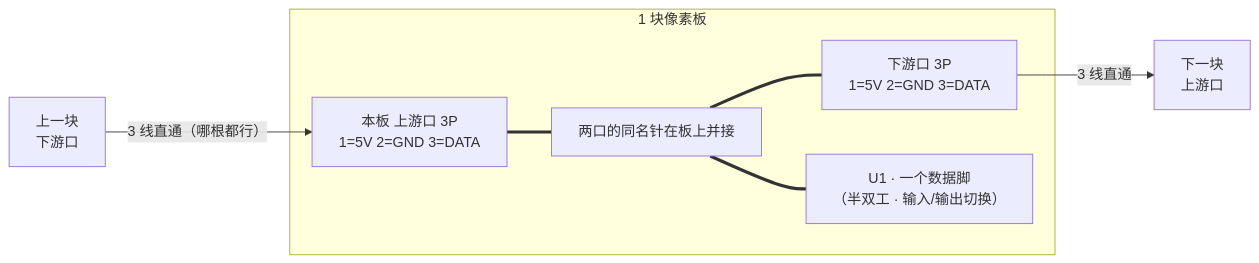
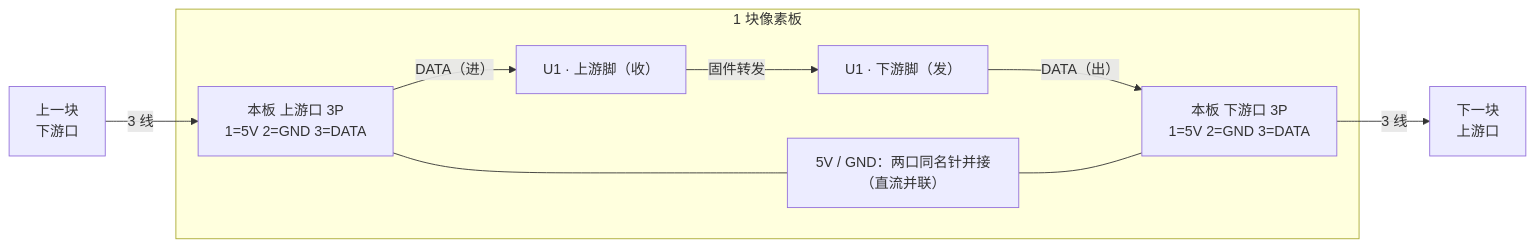
The third of 3 diagrams in hardware/pixel/connector-plan.md (langhua/AuroraTessellation-NFC), drawn with Mermaid before and after one commit. The commit also changed other lines of this file and 3 other files, not shown here.

First line of the commit message:
docs(pixel): 协议补 5 张图 + 拓扑统一为「与 WS2812 完全一致的接力链」

````diff
--- a/hardware/pixel/connector-plan.md
+++ b/hardware/pixel/connector-plan.md
@@ -79,10 +85,13 @@
 ```mermaid
 flowchart LR
-  PUP["上一块<br/>下游口"] -- "3 线直通（哪根都行）" --> UI["本板 上游口 3P<br/>1=5V 2=GND 3=DATA"]
+  PUP["上一块<br/>下游口"] -- "3 线" --> UI["本板 上游口 3P<br/>1=5V 2=GND 3=DATA"]
   subgraph PIX["1 块像素板"]
-    UI === NODE["两口的同名针在板上并接"]
-    NODE === UO["下游口 3P<br/>1=5V 2=GND 3=DATA"]
-    NODE === MCU["U1 · 一个数据脚<br/>（半双工 · 输入/输出切换）"]
+    UI -- "DATA（进）" --> A["U1 · 上游脚（收）"]
+    A -->|"固件转发"| B["U1 · 下游脚（发）"]
+    B -- "DATA（出）" --> UO["本板 下游口 3P<br/>1=5V 2=GND 3=DATA"]
+    PW["5V / GND：两口同名针并接（直流并联）"]
+    UI --- PW
+    PW --- UO
   end
-  UO -- "3 线直通" --> PDN["下一块<br/>上游口"]
+  UO -- "3 线" --> PDN["下一块<br/>上游口"]
 ```
````
